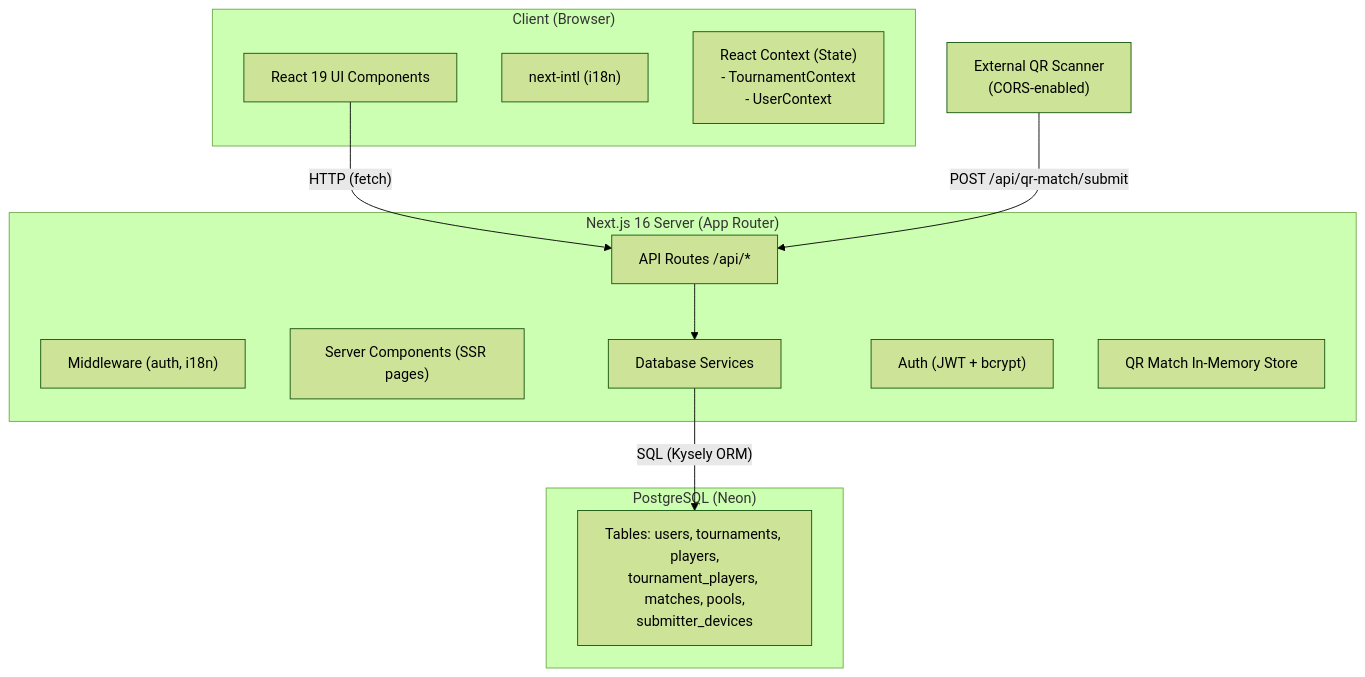
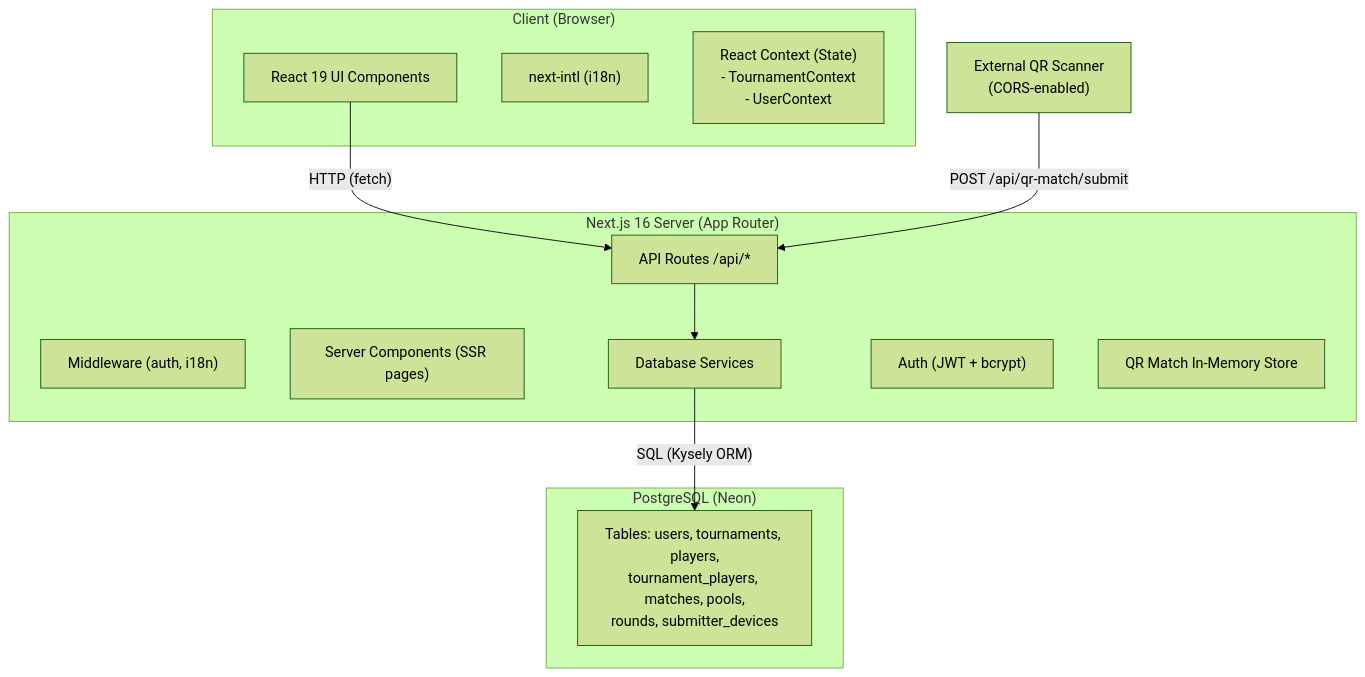
Before and after one commit to cy6erskunk/tournament-app: the first of 5 diagrams in docs/architecture.md, drawn with Mermaid (forest theme). The commit also changed other lines of this file and 15 other files, not shown here.

First line of the commit message:
Step 1: Replace stages model with rounds-based tournament architecture

````diff
--- a/docs/architecture.md
+++ b/docs/architecture.md
@@ -7,28 +7,28 @@
 ```mermaid
 graph TD
     subgraph Client["Client (Browser)"]
         UI["React 19 UI Components"]
         I18N["next-intl (i18n)"]
         CTX["React Context (State)<br/>- TournamentContext<br/>- UserContext"]
     end
 
     subgraph Server["Next.js 16 Server (App Router)"]
         API["API Routes /api/*"]
         MW["Middleware (auth, i18n)"]
         SSR["Server Components (SSR pages)"]
         DB_SVC["Database Services"]
         AUTH["Auth (JWT + bcrypt)"]
         QR_STORE["QR Match In-Memory Store"]
     end
 
     subgraph Database["PostgreSQL (Neon)"]
-        TABLES["Tables: users, tournaments, players,<br/>tournament_players, matches, pools,<br/>submitter_devices"]
+        TABLES["Tables: users, tournaments, players,<br/>tournament_players, matches, pools,<br/>rounds, submitter_devices"]
     end
 
     EXT["External QR Scanner<br/>(CORS-enabled)"]
 
     UI -->|"HTTP (fetch)"| API
     API --> DB_SVC
     DB_SVC -->|"SQL (Kysely ORM)"| TABLES
     EXT -->|"POST /api/qr-match/submit"| API
 ```
````
